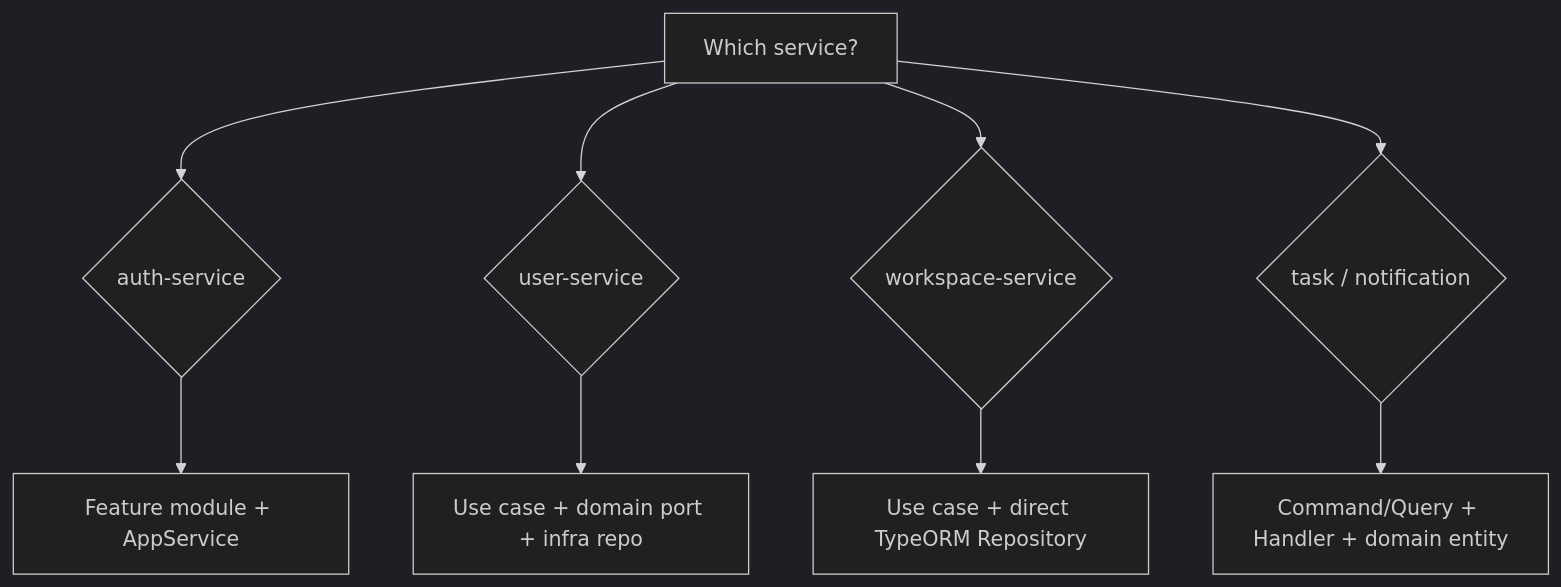
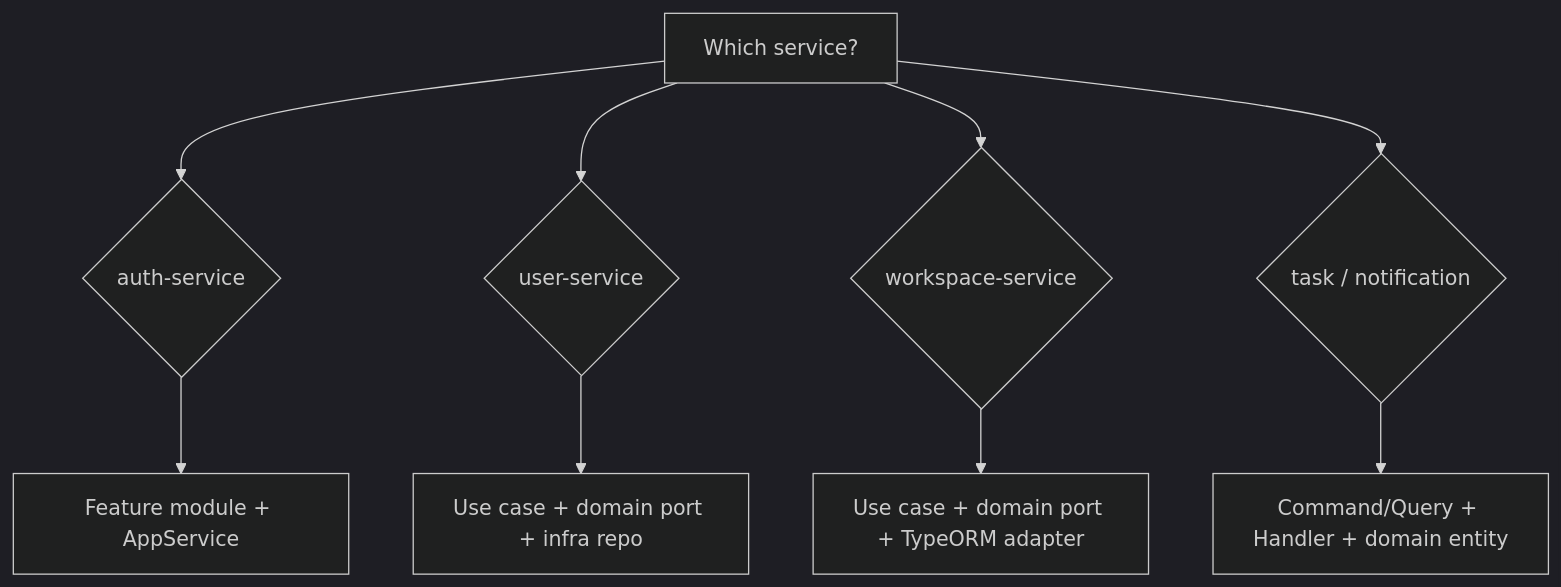
The diagram in .claude/docs/service-architecture.md (lengocanh2005it/collabspace), drawn with Mermaid (dark theme) before and after one commit. The commit also changed other lines of this file and 233 other files, not shown here.

Commit message:
feat: implement foundational service architecture, infrastructure automation, and core domain use cases across workspace, task, and user services.

````diff
--- a/.claude/docs/service-architecture.md
+++ b/.claude/docs/service-architecture.md
@@ -390,11 +402,11 @@
 ```mermaid
 flowchart TD
   A[Which service?] --> B{auth-service}
   A --> C{user-service}
   A --> D{workspace-service}
   A --> E{task / notification}
   B --> B1[Feature module + AppService]
   C --> C1[Use case + domain port + infra repo]
-  D --> D1[Use case + direct TypeORM Repository]
+  D --> D1[Use case + domain port + TypeORM adapter]
   E --> E1[Command/Query + Handler + domain entity]
 ```
````
